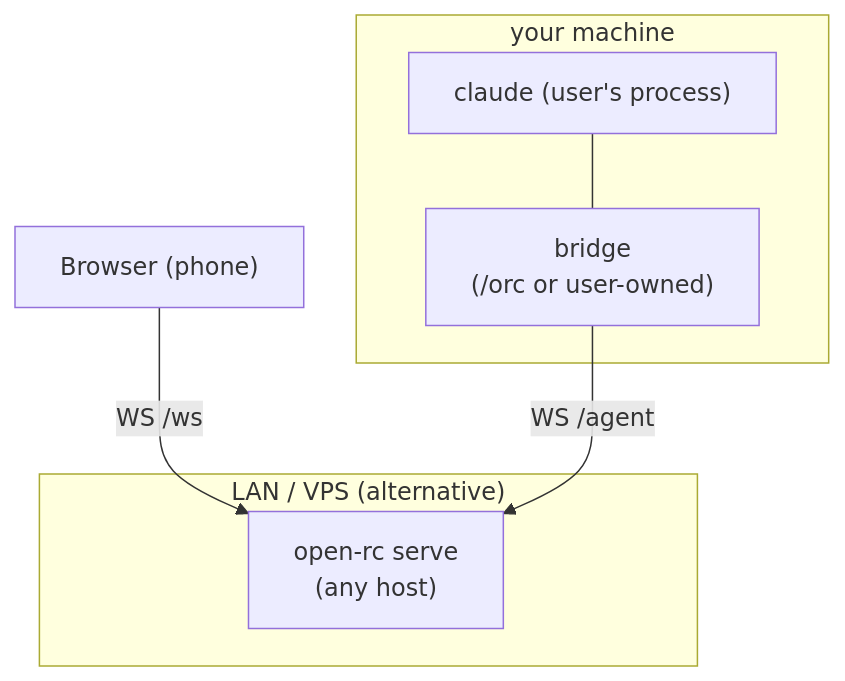
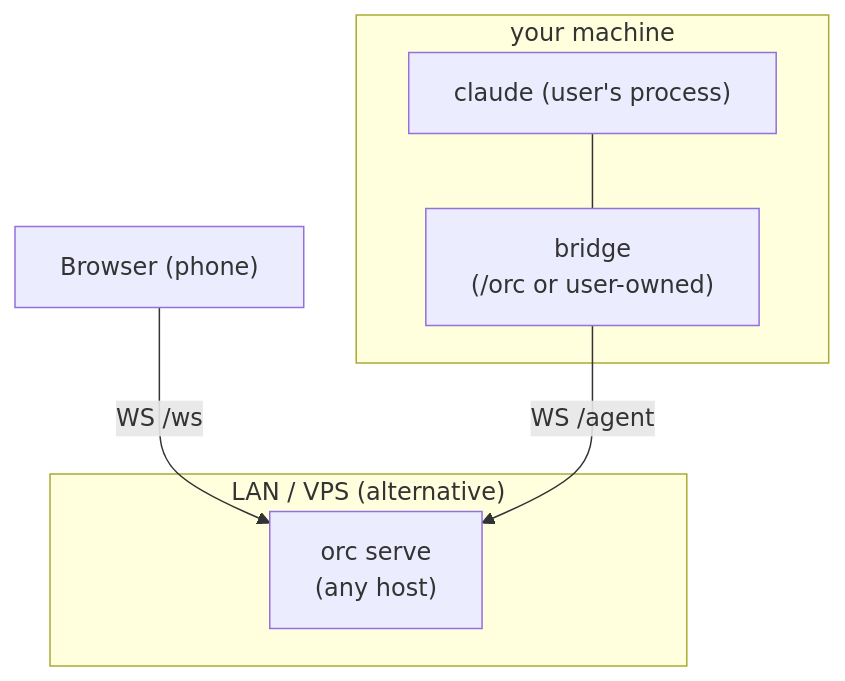
One commit to Cohey0727/OpenRemoteControl changed the third of 3 diagrams in README.md. Above: the diagram before and after it, drawn with Mermaid. The commit also changed other lines of this file and 26 other files, not shown here.

````diff
--- a/README.md
+++ b/README.md
@@ -382,11 +382,11 @@
 ```mermaid
 flowchart TB
     subgraph remote["LAN / VPS (alternative)"]
-        serve2["open-rc serve<br/>(any host)"]
+        serve2["orc serve<br/>(any host)"]
     end
     phone["Browser (phone)"] -- "WS /ws" --> serve2
     subgraph machine["your machine"]
         claude2["claude (user's process)"] --- bridge2["bridge<br/>(/orc or user-owned)"]
     end
     bridge2 -- "WS /agent" --> serve2
 ```
````
